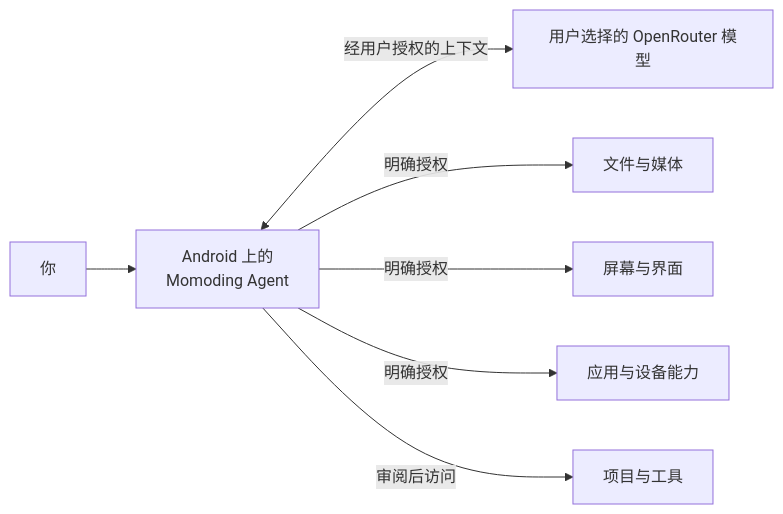
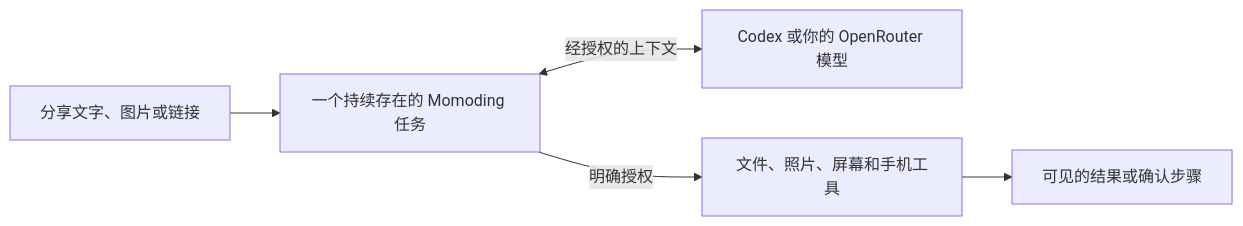
One commit to 1zhangyy1/momoding changed the diagram in README.zh-CN.md. Above: the diagram before and after it, drawn with Mermaid. The commit also changed other lines of this file and 1 other file, not shown here.

````diff
--- a/README.zh-CN.md
+++ b/README.zh-CN.md
@@ -67,9 +41,7 @@
 ```mermaid
 flowchart LR
-    user["你"] --> agent["Android 上的<br/>Momoding Agent"]
-    agent <-->|"经用户授权的上下文"| model["用户选择的 OpenRouter 模型"]
-    agent -->|"明确授权"| media["文件与媒体"]
-    agent -->|"明确授权"| screen["屏幕与界面"]
-    agent -->|"明确授权"| device["应用与设备能力"]
-    agent -->|"审阅后访问"| projects["项目与工具"]
+    share["分享文字、图片或链接"] --> task["一个持续存在的 Momoding 任务"]
+    task <-->|"经授权的上下文"| model["Codex 或你的 OpenRouter 模型"]
+    task -->|"明确授权"| phone["文件、照片、屏幕和手机工具"]
+    phone --> result["可见的结果或确认步骤"]
 ```
````
